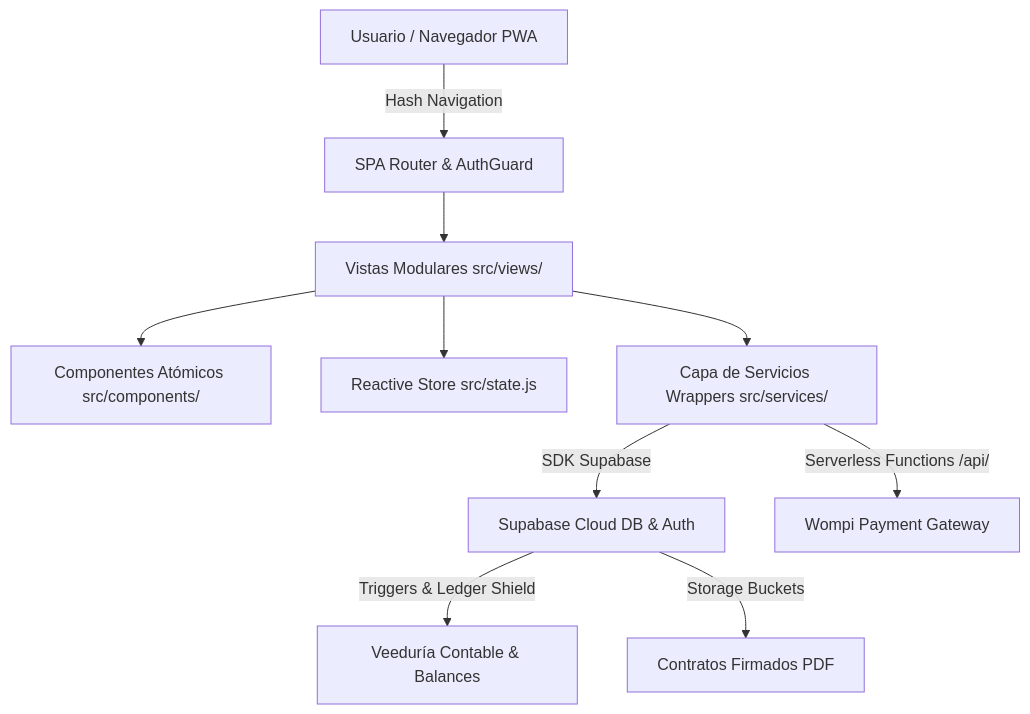
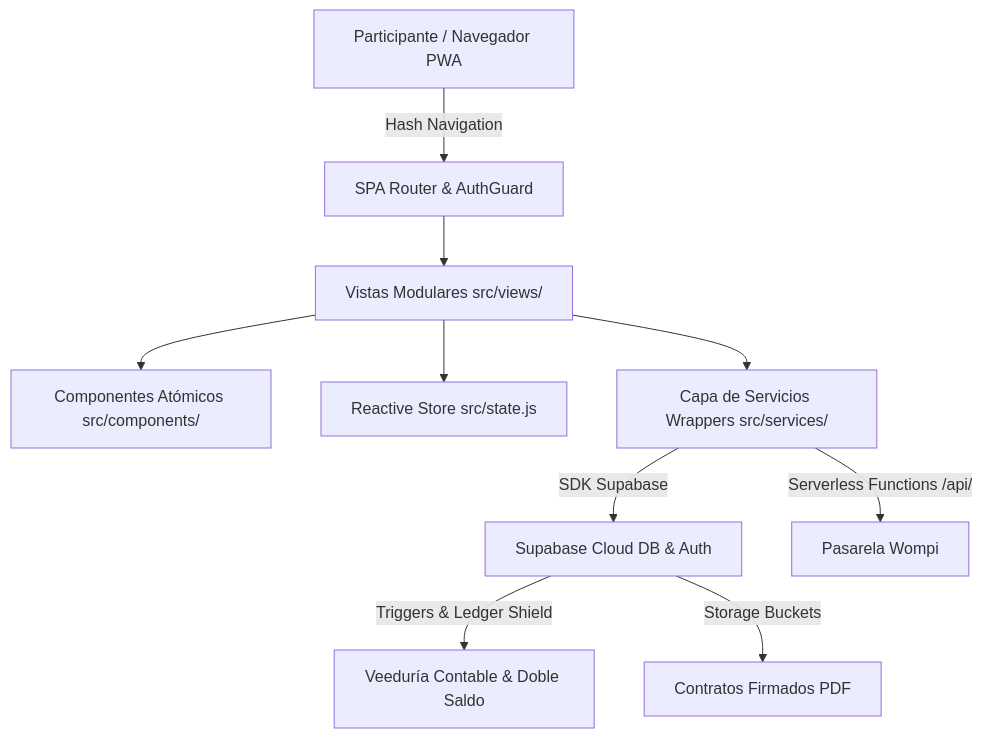
One commit to amsterdamlab/piggy-app-v2 changed the first of 2 diagrams in BLUEPRINT_V2.5.md. Above: the diagram before and after it, drawn with Mermaid. The commit also changed other lines of this file and 4 other files, not shown here.

````diff
--- a/BLUEPRINT_V2.5.md
+++ b/BLUEPRINT_V2.5.md
@@ -67,12 +68,12 @@
 ```mermaid
 graph TD
-    A[Usuario / Navegador PWA] -->|Hash Navigation| B[SPA Router & AuthGuard]
+    A[Participante / Navegador PWA] -->|Hash Navigation| B[SPA Router & AuthGuard]
     B --> C[Vistas Modulares src/views/]
     C --> D[Componentes Atómicos src/components/]
     C --> E[Reactive Store src/state.js]
     C --> F[Capa de Servicios Wrappers src/services/]
     F -->|SDK Supabase| G[Supabase Cloud DB & Auth]
-    F -->|Serverless Functions /api/| H[Wompi Payment Gateway]
-    G -->|Triggers & Ledger Shield| I[Veeduría Contable & Balances]
+    F -->|Serverless Functions /api/| H[Pasarela Wompi]
+    G -->|Triggers & Ledger Shield| I[Veeduría Contable & Doble Saldo]
     G -->|Storage Buckets| J[Contratos Firmados PDF]
 ```
````
